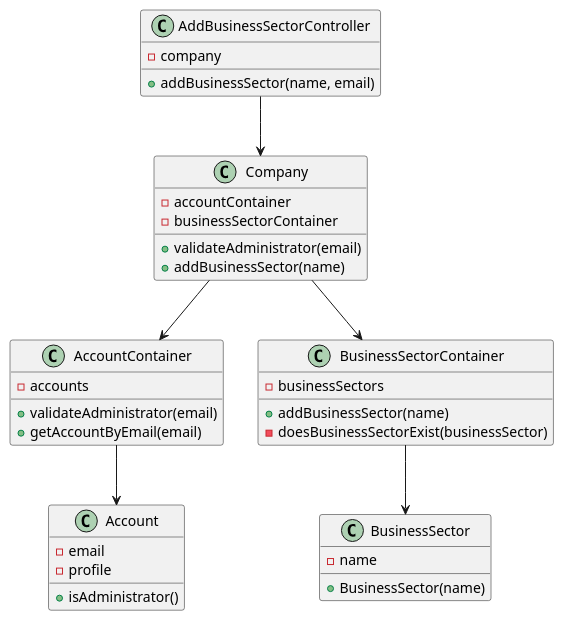
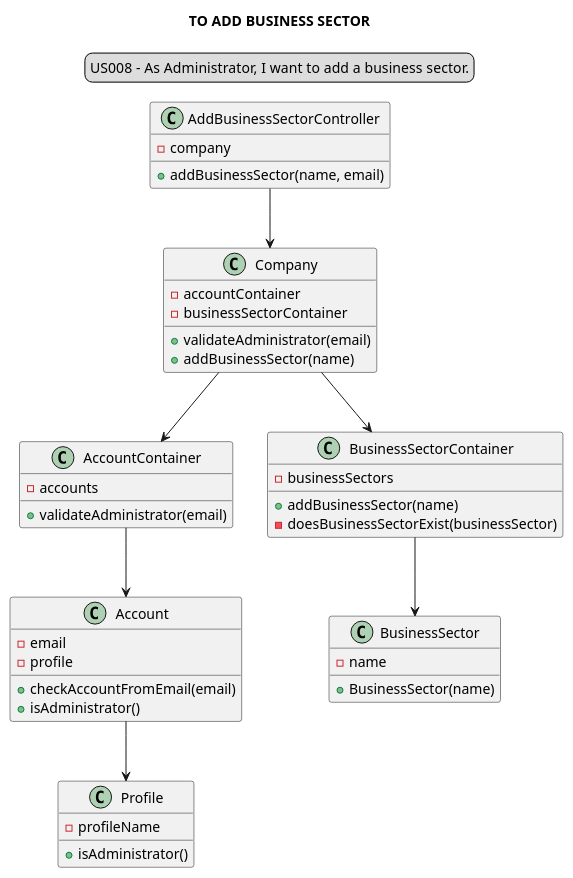
Before and after one commit to Loracline/project_switch_22-23: the diagram in docs/modelling_design/user_stories/sprint02/us008/US008_classDiagram.puml, drawn with PlantUML. The commit also changed 1 other file, not shown here.

Commit message:
US008- Design- refinement of SequenceDiagram to separate the validation for another Sequence Diagram. refactor of classDiagram

```diff
--- a/docs/modelling_design/user_stories/sprint02/us008/US008_classDiagram.puml
+++ b/docs/modelling_design/user_stories/sprint02/us008/US008_classDiagram.puml
@@ -1,46 +1,56 @@
 @startuml
 'https://plantuml.com/class-diagram
-
+skinparam sequenceMessageAlign center
+title TO ADD BUSINESS SECTOR
+legend top
+US008 - As Administrator, I want to add a business sector.
+end legend
 class AddBusinessSectorController {
 -company
 +addBusinessSector(name, email)
 }
 
 
 class Company {
 -accountContainer
 -businessSectorContainer
 +validateAdministrator(email)
 +addBusinessSector(name)
 }
 
 class AccountContainer {
 -accounts
 +validateAdministrator(email)
-+getAccountByEmail(email)
 }
 
 class Account {
 -email
 -profile
++checkAccountFromEmail(email)
++isAdministrator()
+}
+
+class Profile{
+-profileName
 +isAdministrator()
 }
 
 class BusinessSectorContainer {
 -businessSectors
 +addBusinessSector(name)
 -doesBusinessSectorExist(businessSector)
 }
 
 class BusinessSector {
 -name
 +BusinessSector(name)
 }
 
 AddBusinessSectorController --> Company
 Company --> AccountContainer
 AccountContainer --> Account
+Account --> Profile
 Company --> BusinessSectorContainer
 BusinessSectorContainer --> BusinessSector
 
 @enduml
```
